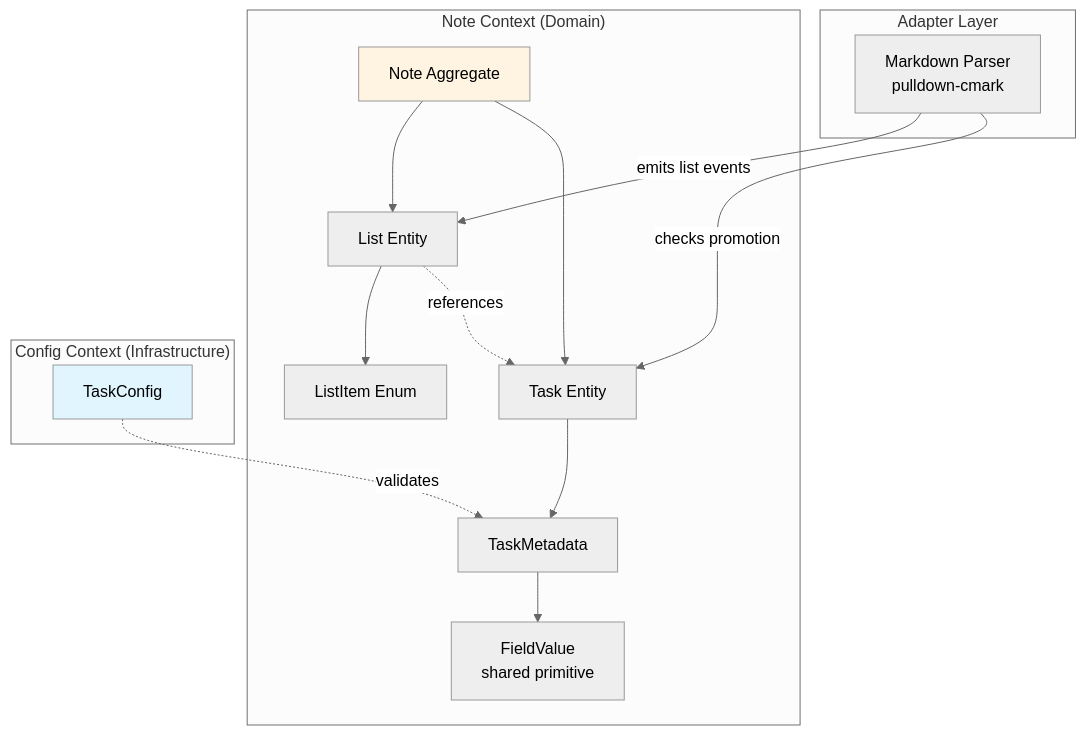
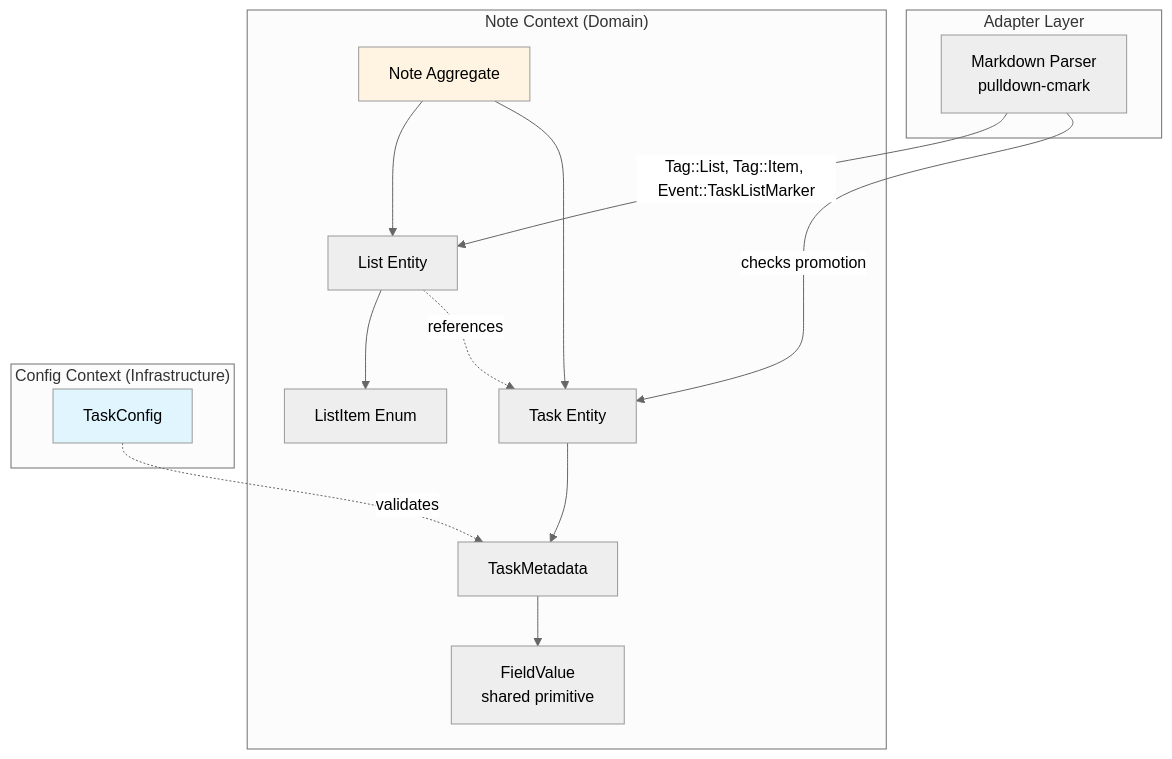
The first of 3 diagrams in docs/design/007-note-list-task.md (JackMatanky/lithos), drawn with Mermaid (neutral theme) before and after one commit. The commit also changed other lines of this file and 3 other files, not shown here.

````diff
--- a/docs/design/007-note-list-task.md
+++ b/docs/design/007-note-list-task.md
@@ -243,35 +245,35 @@
 ```mermaid
 graph TB
     subgraph "Adapter Layer"
         Parser[Markdown Parser<br/>pulldown-cmark]
     end
 
     subgraph "Note Context (Domain)"
         List[List Entity]
         ListItem[ListItem Enum]
         Task[Task Entity]
         TaskMetadata[TaskMetadata]
         FieldValue[FieldValue<br/>shared primitive]
 
         List --> ListItem
         Task --> TaskMetadata
         TaskMetadata --> FieldValue
 
         Note[Note Aggregate]
         Note --> List
         Note --> Task
     end
 
     subgraph "Config Context (Infrastructure)"
         TaskConfig[TaskConfig]
     end
 
-    Parser -->|emits list events| List
+    Parser -->|Tag::List, Tag::Item, Event::TaskListMarker| List
     Parser -->|checks promotion| Task
     List -.references.-> Task
 
     TaskConfig -.validates.-> TaskMetadata
 
     style Note fill:#fff4e1
     style TaskConfig fill:#e1f5ff
 ```
````
